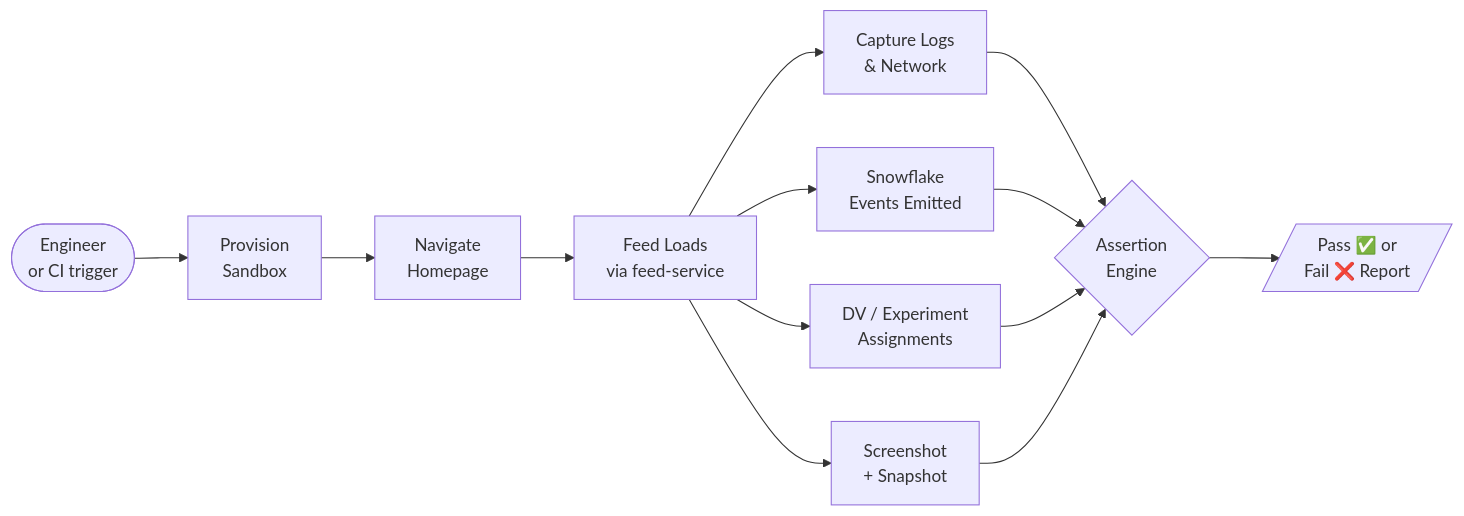
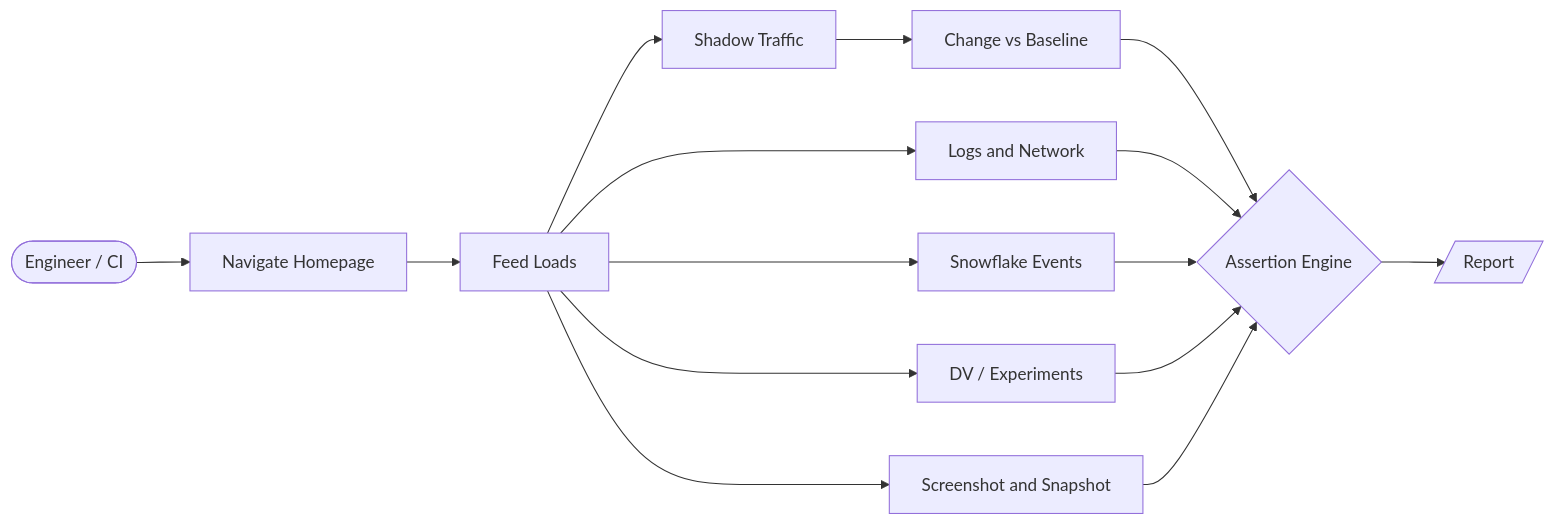
The first of 2 diagrams in sandbox-e2e-testing/1-pager.md (daniel-fonyo/dd-brain), drawn with Mermaid before and after one commit. The commit also changed other lines of this file, not shown here.

Commit message:
Fix pipeline diagram, add shadow traffic, update ranking sanity descriptions

````diff
--- a/sandbox-e2e-testing/1-pager.md
+++ b/sandbox-e2e-testing/1-pager.md
@@ -7,18 +7,21 @@
 ```mermaid
 flowchart LR
-    A([Engineer\nor CI trigger]) --> B[Provision\nSandbox]
-    B --> C[Navigate\nHomepage]
-    C --> D[Feed Loads\nvia feed-service]
+    A([Engineer / CI]) --> B[Navigate Homepage]
+    B --> C[Feed Loads]
 
-    D --> E[Capture Logs\n& Network]
-    D --> F[Snowflake\nEvents Emitted]
-    D --> G[DV / Experiment\nAssignments]
-    D --> H[Screenshot\n+ Snapshot]
+    C --> D[Shadow Traffic]
+    D --> D2[Change vs Baseline]
 
-    E --> I{Assertion\nEngine}
+    C --> E[Logs and Network]
+    C --> F[Snowflake Events]
+    C --> G[DV / Experiments]
+    C --> H[Screenshot and Snapshot]
+
+    D2 --> I{Assertion Engine}
+    E --> I
     F --> I
     G --> I
     H --> I
 
-    I --> J[/Pass ✅ or\nFail ❌ Report/]
+    I --> J[/Report/]
 ```
````
